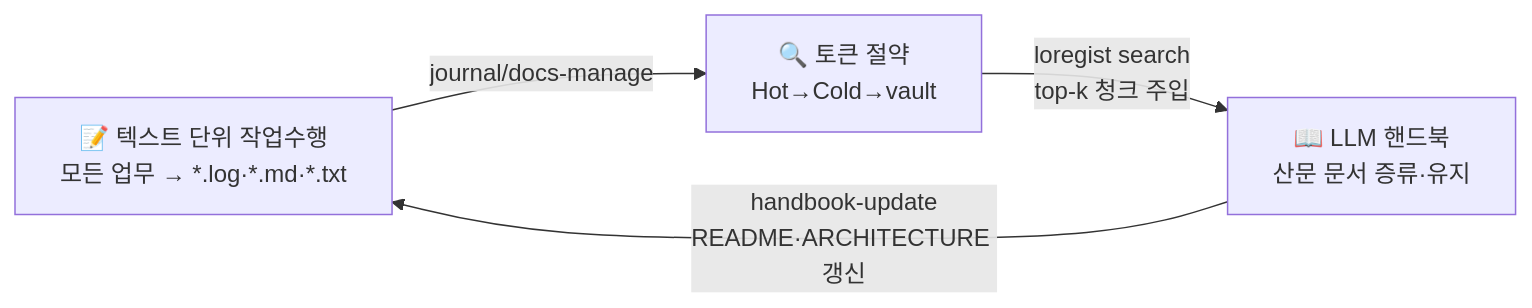
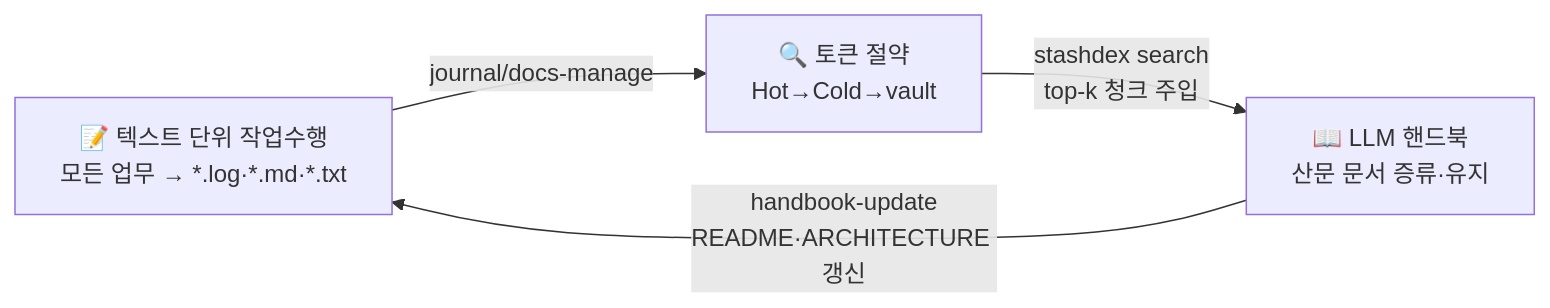
One commit to mzd-nrkim/loregist changed the second of 7 diagrams in ARCHITECTURE.md. Above: the diagram before and after it, drawn with Mermaid. The commit also changed other lines of this file and 61 other files, not shown here.

First line of the commit message:
sync: loregist→stashdex 리네이밍 + 문서 정비

````diff
--- a/ARCHITECTURE.md
+++ b/ARCHITECTURE.md
@@ -49,6 +49,6 @@
 ```mermaid
 graph LR
     A["📝 텍스트 단위 작업수행<br/>모든 업무 → *.log·*.md·*.txt"] -->|"journal/docs-manage"| B["🔍 토큰 절약<br/>Hot→Cold→vault"]
-    B -->|"loregist search<br/>top-k 청크 주입"| C["📖 LLM 핸드북<br/>산문 문서 증류·유지"]
+    B -->|"stashdex search<br/>top-k 청크 주입"| C["📖 LLM 핸드북<br/>산문 문서 증류·유지"]
     C -->|"handbook-update<br/>README·ARCHITECTURE 갱신"| A
 ```
````
